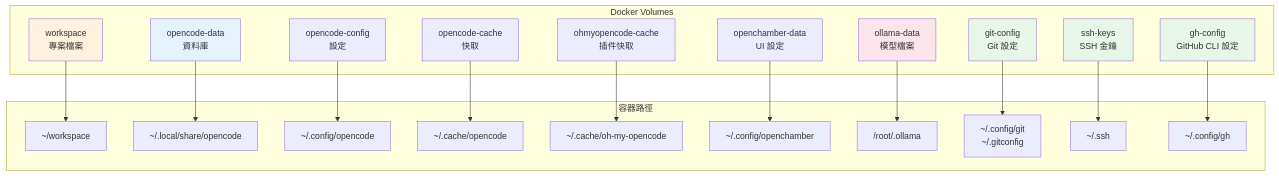
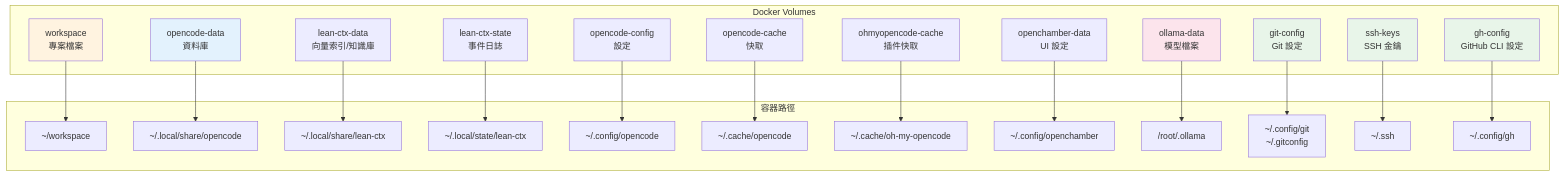
Before and after one commit to tryweb/ai-engkit: the ninth of 12 diagrams in docs/ARCHITECTURE.md, drawn with Mermaid. The commit also changed other lines of this file and 1 other file, not shown here.

Commit message:
docs: add lean-ctx XDG volume documentation to ARCHITECTURE and CHANGELOG
Update volume diagram and data persistence table in ARCHITECTURE.md. Add [Unreleased] changelog entry documenting the XDG volume upgrade.

Ultraworked with [Sisyphus](https://github.com/code-yeongyu/oh-my-openagent)

````diff
--- a/docs/ARCHITECTURE.md
+++ b/docs/ARCHITECTURE.md
@@ -292,46 +292,52 @@
 ```mermaid
 graph TB
     subgraph "Docker Volumes"
         VOL_WS["workspace<br/>專案檔案"]
         VOL_DATA["opencode-data<br/>資料庫"]
         VOL_CONFIG["opencode-config<br/>設定"]
         VOL_CACHE["opencode-cache<br/>快取"]
         VOL_OHMY["ohmyopencode-cache<br/>插件快取"]
         VOL_CHAMBER["openchamber-data<br/>UI 設定"]
         VOL_OLLAMA["ollama-data<br/>模型檔案"]
         VOL_GIT["git-config<br/>Git 設定"]
         VOL_SSH["ssh-keys<br/>SSH 金鑰"]
         VOL_GH["gh-config<br/>GitHub CLI 設定"]
+        VOL_LC_DATA["lean-ctx-data<br/>向量索引/知識庫"]
+        VOL_LC_STATE["lean-ctx-state<br/>事件日誌"]
     end
 
     subgraph "容器路徑"
         C_WS["~/workspace"]
         C_DATA["~/.local/share/opencode"]
+        C_LC_DATA["~/.local/share/lean-ctx"]
+        C_LC_STATE["~/.local/state/lean-ctx"]
         C_CONFIG["~/.config/opencode"]
         C_CACHE["~/.cache/opencode"]
         C_OHMY["~/.cache/oh-my-opencode"]
         C_CHAMBER["~/.config/openchamber"]
         O_OLLAMA["/root/.ollama"]
         C_GIT["~/.config/git<br/>~/.gitconfig"]
         C_SSH["~/.ssh"]
         C_GH["~/.config/gh"]
     end
 
     VOL_WS --> C_WS
     VOL_DATA --> C_DATA
     VOL_CONFIG --> C_CONFIG
     VOL_CACHE --> C_CACHE
     VOL_OHMY --> C_OHMY
     VOL_CHAMBER --> C_CHAMBER
     VOL_OLLAMA --> O_OLLAMA
     VOL_GIT --> C_GIT
     VOL_SSH --> C_SSH
     VOL_GH --> C_GH
+    VOL_LC_DATA --> C_LC_DATA
+    VOL_LC_STATE --> C_LC_STATE
 
     style VOL_WS fill:#fff3e0
     style VOL_DATA fill:#e3f2fd
     style VOL_OLLAMA fill:#fce4ec
     style VOL_GIT fill:#e8f5e9
     style VOL_SSH fill:#e8f5e9
     style VOL_GH fill:#e8f5e9
 ```
````
